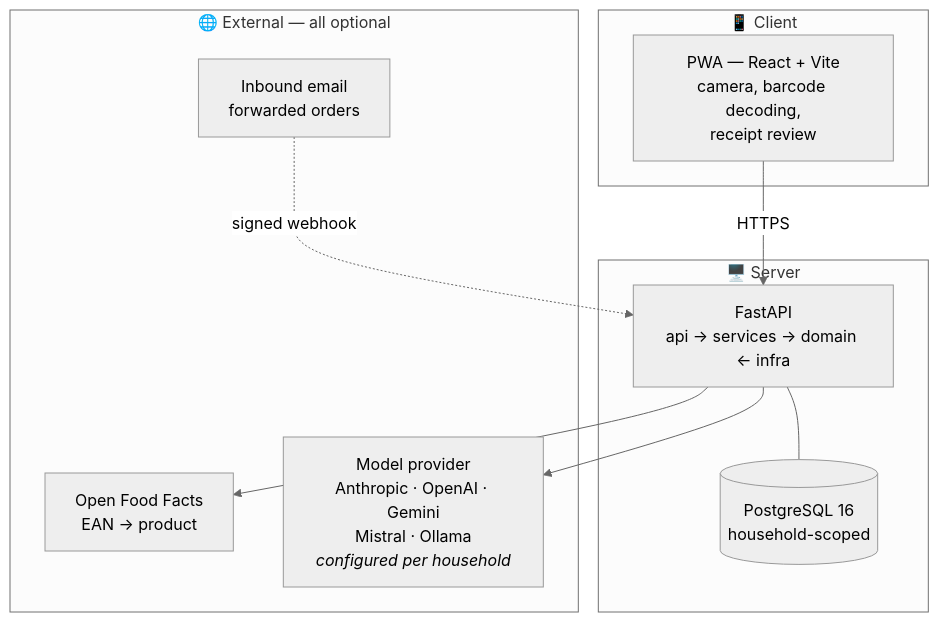
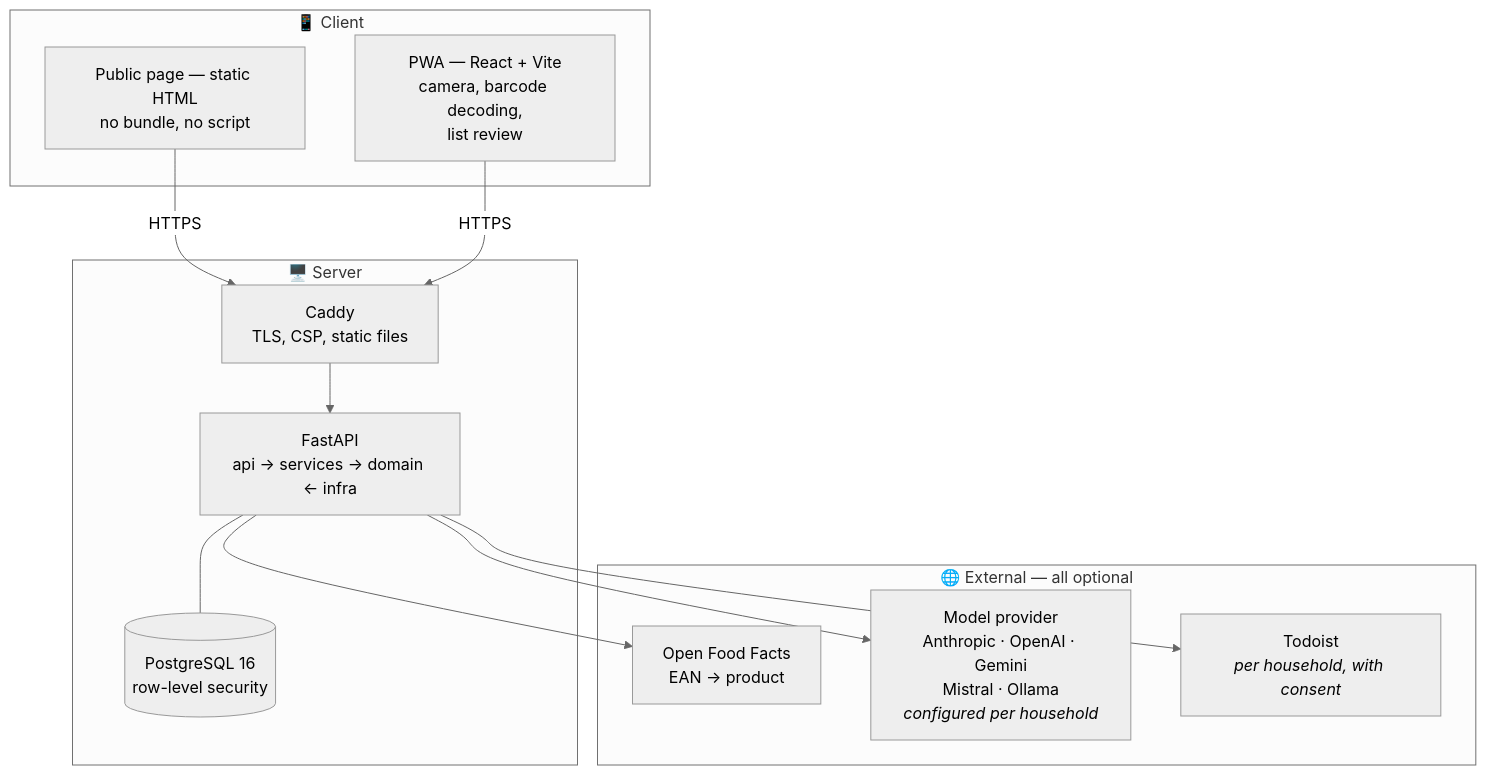
Before and after one commit to ClaraVnk/chaudron: the diagram in README.md, drawn with Mermaid (neutral theme). The commit also changed other lines of this file and 43 other files, not shown here.

````diff
--- a/README.md
+++ b/README.md
@@ -109,23 +218,27 @@
 ```mermaid
 flowchart TB
     subgraph client["📱 Client"]
-        PWA["PWA — React + Vite<br/>camera, barcode decoding,<br/>receipt review"]
+        PUB["Public page — static HTML<br/>no bundle, no script"]
+        PWA["PWA — React + Vite<br/>camera, barcode decoding,<br/>list review"]
     end
 
     subgraph server["🖥️ Server"]
+        CADDY["Caddy<br/>TLS, CSP, static files"]
         API["FastAPI<br/>api → services → domain ← infra"]
-        DB[("PostgreSQL 16<br/>household-scoped")]
+        DB[("PostgreSQL 16<br/>row-level security")]
+        CADDY --> API
         API --- DB
     end
 
     subgraph ext["🌐 External — all optional"]
         OFF["Open Food Facts<br/>EAN → product"]
         LLM["Model provider<br/>Anthropic · OpenAI · Gemini<br/>Mistral · Ollama<br/><i>configured per household</i>"]
-        MAIL["Inbound email<br/>forwarded orders"]
+        TODO["Todoist<br/><i>per household, with consent</i>"]
     end
 
-    PWA -->|HTTPS| API
+    PUB -->|HTTPS| CADDY
+    PWA -->|HTTPS| CADDY
     API --> OFF
     API --> LLM
-    MAIL -.->|signed webhook| API
+    API --> TODO
 ```
````
